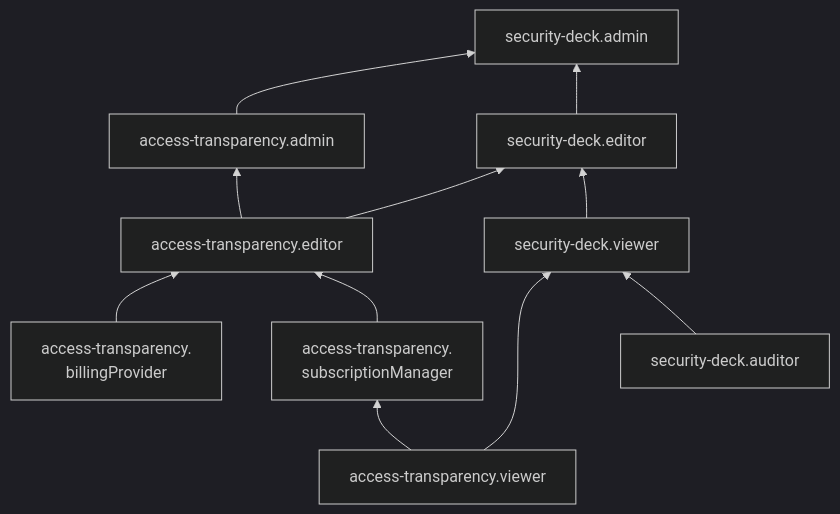
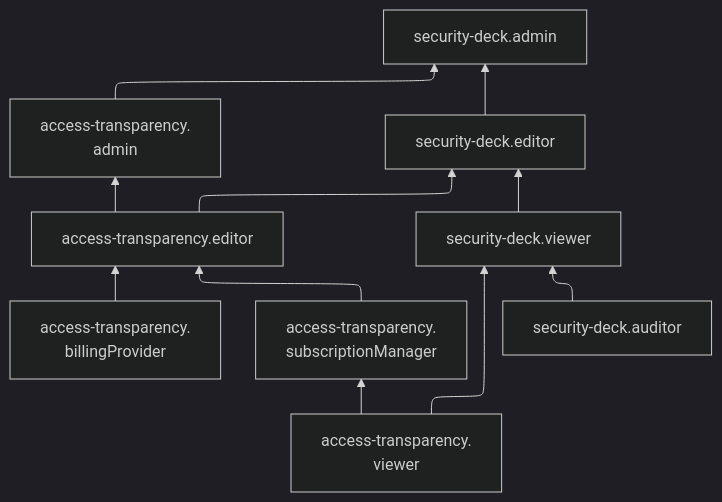
Before and after one commit to yandex-cloud/docs: the diagram in en/_mermaid/roles/security-deck-transparency.md, drawn with Mermaid (dark theme). The commit also changed 4354 other files, not shown here.

````diff
--- a/en/_mermaid/roles/security-deck-transparency.md
+++ b/en/_mermaid/roles/security-deck-transparency.md
@@ -1,16 +1,20 @@
 ```mermaid
+%%{init: {"flowchart": {'defaultRenderer': 'elk'}} }%%
 flowchart BT
-    access-transparency.admin --> security-deck.admin
+    access-transparency.billingProvider["access-transparency.<br>billingProvider"] --> access-transparency.editor
+    
+    access-transparency.subscriptionManager["access-transparency.<br>subscriptionManager"] --> access-transparency.editor
+    access-transparency.viewer --> access-transparency.subscriptionManager["access-transparency.<br>subscriptionManager"]
+
+    access-transparency.viewer["access-transparency.<br>viewer"] --> security-deck.viewer
+
+    access-transparency.admin["access-transparency.<br>admin"] --> security-deck.admin
     access-transparency.editor --> security-deck.editor
     access-transparency.editor --> access-transparency.admin
-    access-transparency.billingProvider["access-transparency.<br>billingProvider"] --> access-transparency.editor
-    access-transparency.subscriptionManager["access-transparency.<br>subscriptionManager"] --> access-transparency.editor
-    access-transparency.viewer --> security-deck.viewer
-    access-transparency.viewer --> access-transparency.subscriptionManager["access-transparency.<br>subscriptionManager"]
+
+    security-deck.auditor ~~~ security-deck.admin
 
     security-deck.auditor --> security-deck.viewer
     security-deck.viewer --> security-deck.editor
     security-deck.editor --> security-deck.admin
-
-    security-deck.auditor ~~~ security-deck.admin
 ```
````
